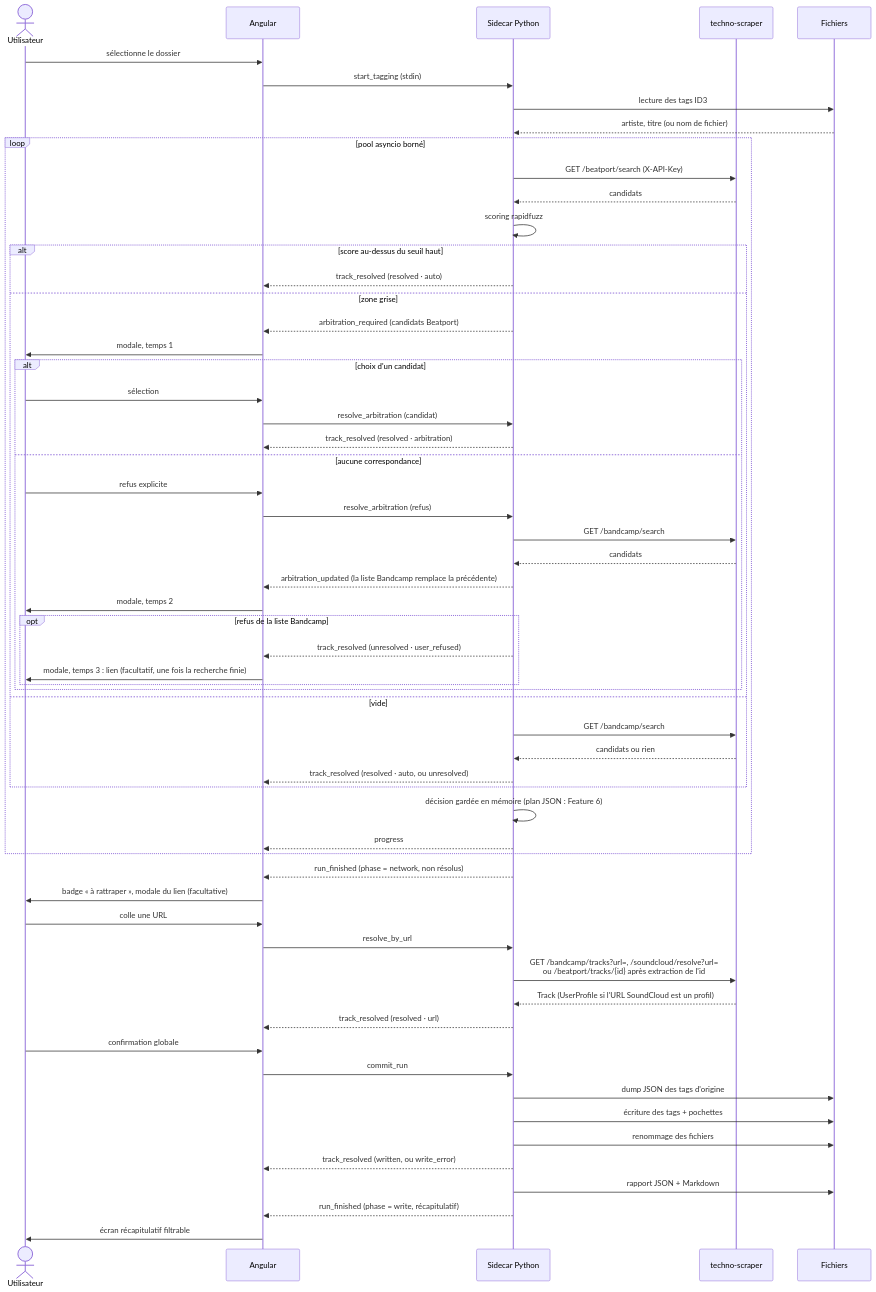
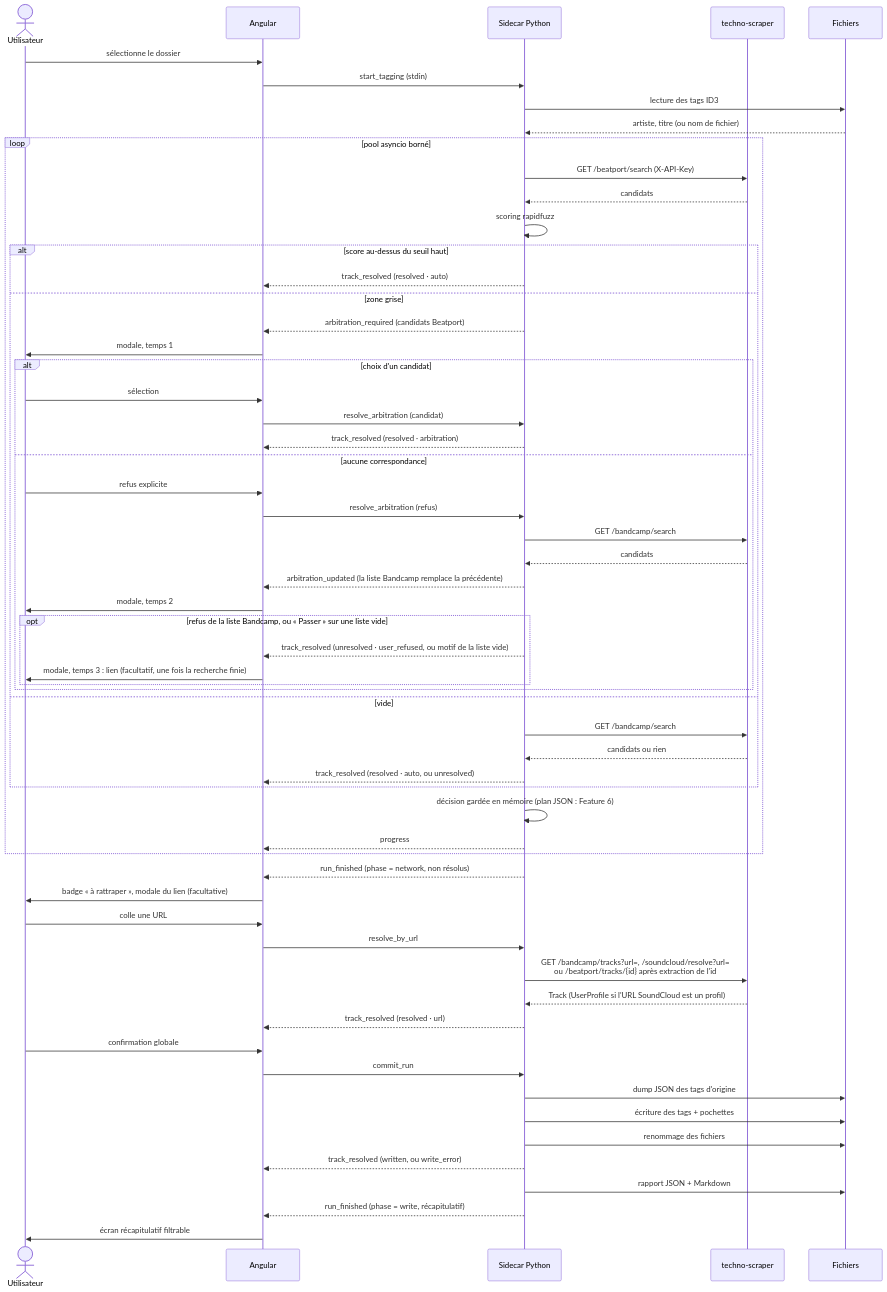
One commit to thibaud57/techno-tagger changed the fourth of 5 diagrams in docs/ARCHITECTURE.md. Above: the diagram before and after it, drawn with Mermaid. The commit also changed 2 other files, not shown here.

Commit message:
docs(ui): aligner DESIGN.md, l'architecture et les notes de sync sur les correctifs du rattrapage
Badges groupés en gap-2, lignes du run ouvertes au clavier, étape lien
aussi après « Passer » sur une liste Bandcamp vide, dont le motif est
celui de la liste.

````diff
--- a/docs/ARCHITECTURE.md
+++ b/docs/ARCHITECTURE.md
@@ -617,65 +617,65 @@
 ```mermaid
 sequenceDiagram
     actor U as Utilisateur
     participant UI as Angular
     participant S as Sidecar Python
     participant API as techno-scraper
     participant FS as Fichiers
 
     U->>UI: sélectionne le dossier
     UI->>S: start_tagging (stdin)
     S->>FS: lecture des tags ID3
     FS-->>S: artiste, titre (ou nom de fichier)
 
     loop pool asyncio borné
         S->>API: GET /beatport/search (X-API-Key)
         API-->>S: candidats
         S->>S: scoring rapidfuzz
         alt score au-dessus du seuil haut
             S-->>UI: track_resolved (resolved · auto)
         else zone grise
             S-->>UI: arbitration_required (candidats Beatport)
             UI->>U: modale, temps 1
             alt choix d'un candidat
                 U->>UI: sélection
                 UI->>S: resolve_arbitration (candidat)
                 S-->>UI: track_resolved (resolved · arbitration)
             else aucune correspondance
                 U->>UI: refus explicite
                 UI->>S: resolve_arbitration (refus)
                 S->>API: GET /bandcamp/search
                 API-->>S: candidats
                 S-->>UI: arbitration_updated (la liste Bandcamp remplace la précédente)
                 UI->>U: modale, temps 2
-                opt refus de la liste Bandcamp
-                    S-->>UI: track_resolved (unresolved · user_refused)
+                opt refus de la liste Bandcamp, ou « Passer » sur une liste vide
+                    S-->>UI: track_resolved (unresolved · user_refused, ou motif de la liste vide)
                     UI->>U: modale, temps 3 : lien (facultatif, une fois la recherche finie)
                 end
             end
         else vide
             S->>API: GET /bandcamp/search
             API-->>S: candidats ou rien
             S-->>UI: track_resolved (resolved · auto, ou unresolved)
         end
         S->>S: décision gardée en mémoire (plan JSON : Feature 6)
         S-->>UI: progress
     end
 
     S-->>UI: run_finished (phase = network, non résolus)
     UI->>U: badge « à rattraper », modale du lien (facultative)
     U->>UI: colle une URL
     UI->>S: resolve_by_url
     S->>API: GET /bandcamp/tracks?url=, /soundcloud/resolve?url=<br/>ou /beatport/tracks/{id} après extraction de l'id
     API-->>S: Track (UserProfile si l'URL SoundCloud est un profil)
     S-->>UI: track_resolved (resolved · url)
 
     U->>UI: confirmation globale
     UI->>S: commit_run
     S->>FS: dump JSON des tags d'origine
     S->>FS: écriture des tags + pochettes
     S->>FS: renommage des fichiers
     S-->>UI: track_resolved (written, ou write_error)
     S->>FS: rapport JSON + Markdown
     S-->>UI: run_finished (phase = write, récapitulatif)
     UI->>U: écran récapitulatif filtrable
 ```
````
